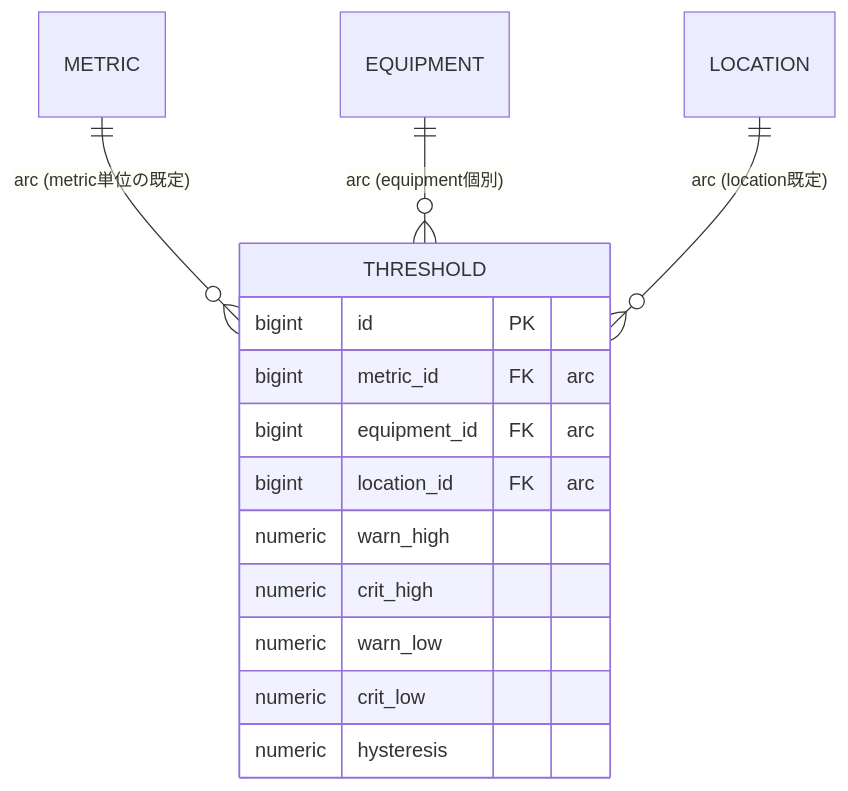
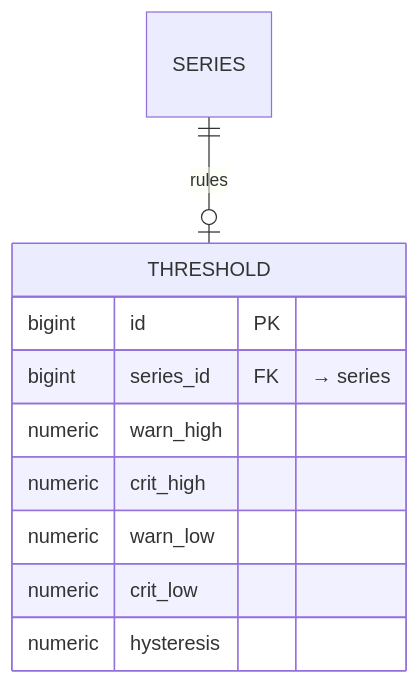
The ninth of 11 diagrams in 03-finalists.md (hn-11/dcim-schema-design), drawn with Mermaid before and after one commit. The commit also changed other lines of this file and 8 other files, not shown here.

First line of the commit message:
refactor(schema): 論理グルーピング追加 + 型制約全面改訂 + 構造リファクタ

````diff
--- a/03-finalists.md
+++ b/03-finalists.md
@@ -540,17 +580,13 @@
 ```mermaid
 erDiagram
-    METRIC ||--o{ THRESHOLD : "arc (metric単位の既定)"
-    EQUIPMENT ||--o{ THRESHOLD : "arc (equipment個別)"
-    LOCATION ||--o{ THRESHOLD : "arc (location既定)"
+    SERIES ||--o| THRESHOLD : "rules"
     THRESHOLD {
         bigint id PK
-        bigint metric_id FK "arc"
-        bigint equipment_id FK "arc"
-        bigint location_id FK "arc"
+        bigint series_id FK "→ series"
         numeric warn_high
         numeric crit_high
         numeric warn_low
         numeric crit_low
         numeric hysteresis
     }
 ```
````
